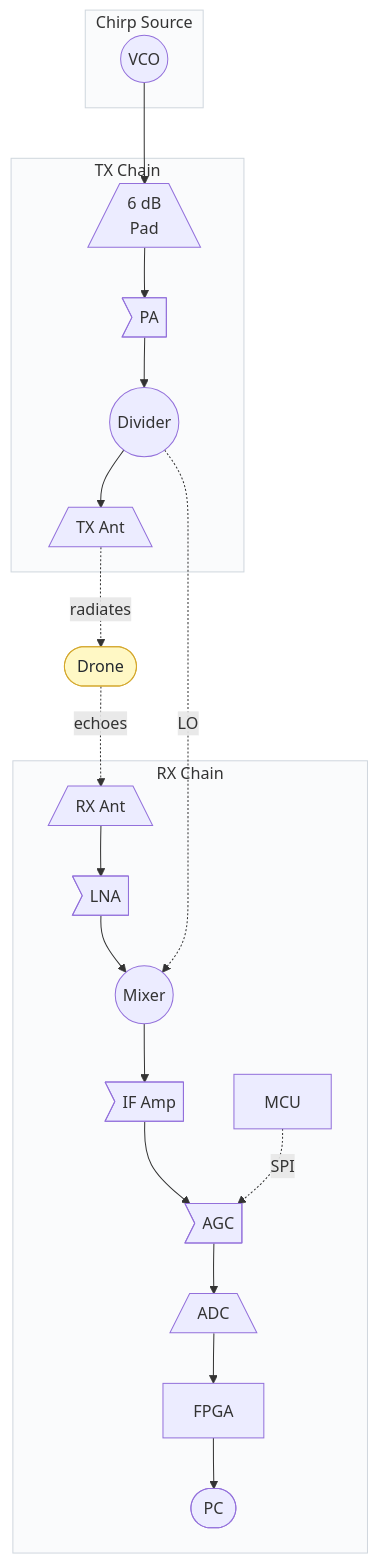
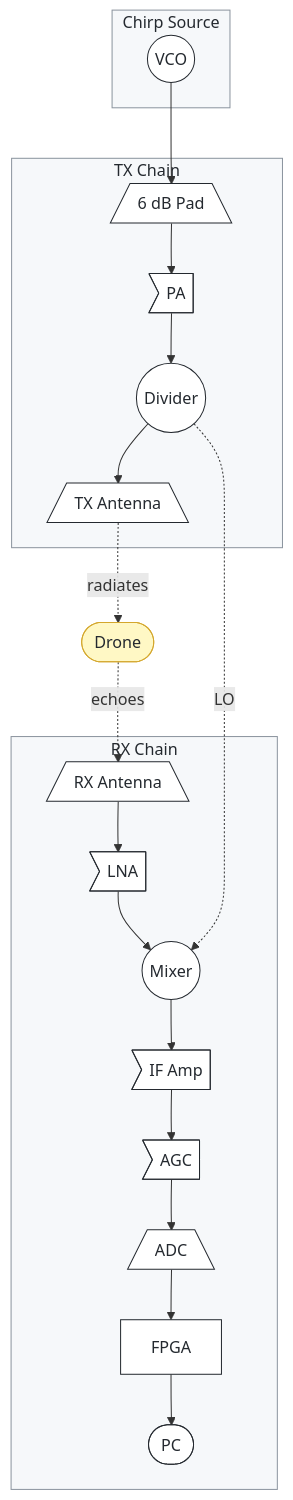
One commit to oliskcz/Lyrion-Radar changed the fourth of 4 diagrams in PLAN.md. Above: the diagram before and after it, drawn with Mermaid. The commit also changed 1 other file, not shown here.

Commit message:
Fix Complete Path diagram readability: explicit white fills with dark borders on all shapes, darker subgraph borders (8b949e), remove MCU from RX subgraph, add visual conventions note

````diff
--- a/PLAN.md
+++ b/PLAN.md
@@ -168,26 +168,41 @@
 ```mermaid
 flowchart TB
     subgraph CHIRP["Chirp Source"]
         VCO(("VCO"))
     end
 
     subgraph TX["TX Chain"]
-        VCO --> PAD[/"6 dB<br/>Pad"\] --> PA>"PA"] --> DIV(("Divider"))
-        DIV --> TXANT[/"TX Ant"\]
+        VCO --> PAD[/"6 dB Pad"\] --> PA>"PA"] --> DIV(("Divider"))
+        DIV --> TXANT[/"TX Antenna"\]
     end
 
     subgraph RX["RX Chain"]
-        RXANT[/"RX Ant"\] --> LNA>"LNA"] --> MIX(("Mixer"))
+        RXANT[/"RX Antenna"\] --> LNA>"LNA"] --> MIX(("Mixer"))
         DIV -. LO .-> MIX
         MIX --> IFA>"IF Amp"] --> AGC>"AGC"] --> ADC[/"ADC"\] --> FPGA["FPGA"] --> PC(["PC"])
-        MCU["MCU"] -. SPI .-> AGC
     end
 
     TXANT -. radiates .-> TARGET(["Drone"])
     TARGET -. echoes .-> RXANT
 
-    style CHIRP fill:#fafbfc,stroke:#d0d7de
-    style TX fill:#fafbfc,stroke:#d0d7de
-    style RX fill:#fafbfc,stroke:#d0d7de
+    %% Subtle but visible subgraph backgrounds
+    style CHIRP fill:#f6f8fa,stroke:#8b949e,stroke-width:1px,color:#24292f
+    style TX fill:#f6f8fa,stroke:#8b949e,stroke-width:1px,color:#24292f
+    style RX fill:#f6f8fa,stroke:#8b949e,stroke-width:1px,color:#24292f
+
+    %% Explicit shape fills with readable text
+    style VCO fill:#fff,stroke:#24292f,color:#24292f
+    style DIV fill:#fff,stroke:#24292f,color:#24292f
+    style MIX fill:#fff,stroke:#24292f,color:#24292f
+    style PC fill:#fff,stroke:#24292f,color:#24292f
+    style PAD fill:#fff,stroke:#24292f,color:#24292f
+    style TXANT fill:#fff,stroke:#24292f,color:#24292f
+    style RXANT fill:#fff,stroke:#24292f,color:#24292f
+    style PA fill:#fff,stroke:#24292f,color:#24292f
+    style LNA fill:#fff,stroke:#24292f,color:#24292f
+    style IFA fill:#fff,stroke:#24292f,color:#24292f
+    style AGC fill:#fff,stroke:#24292f,color:#24292f
+    style ADC fill:#fff,stroke:#24292f,color:#24292f
+    style FPGA fill:#fff,stroke:#24292f,color:#24292f
     style TARGET fill:#fff8c5,stroke:#d4a72c,color:#24292f
 ```
````
